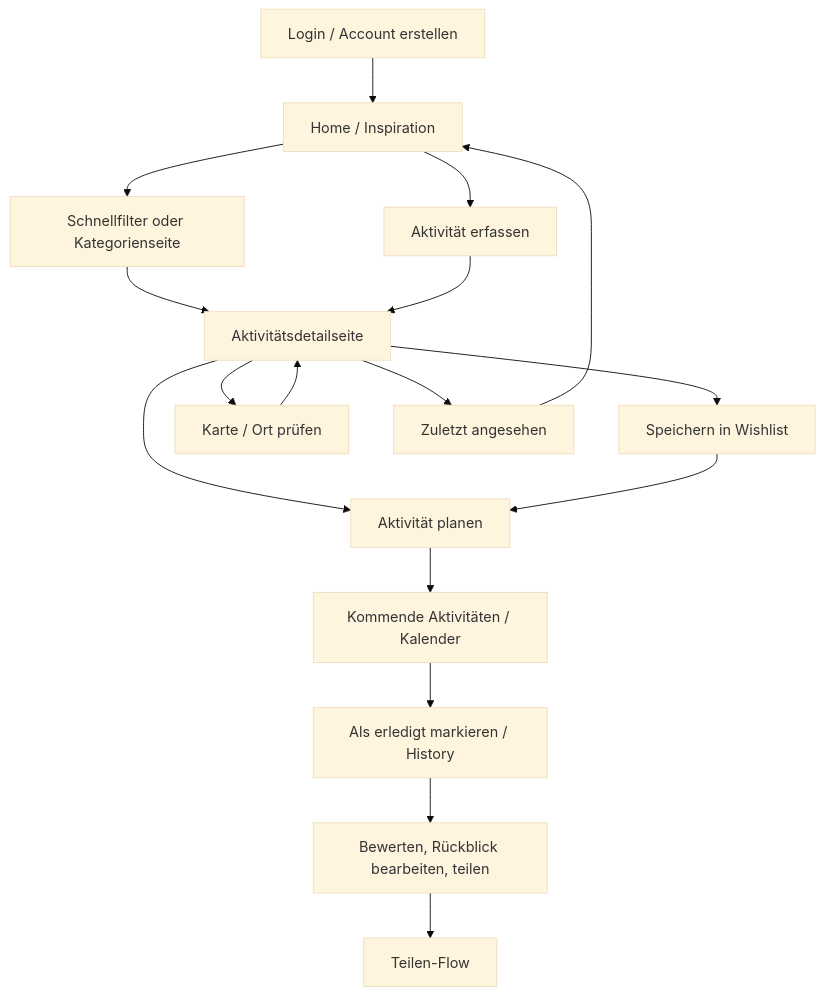
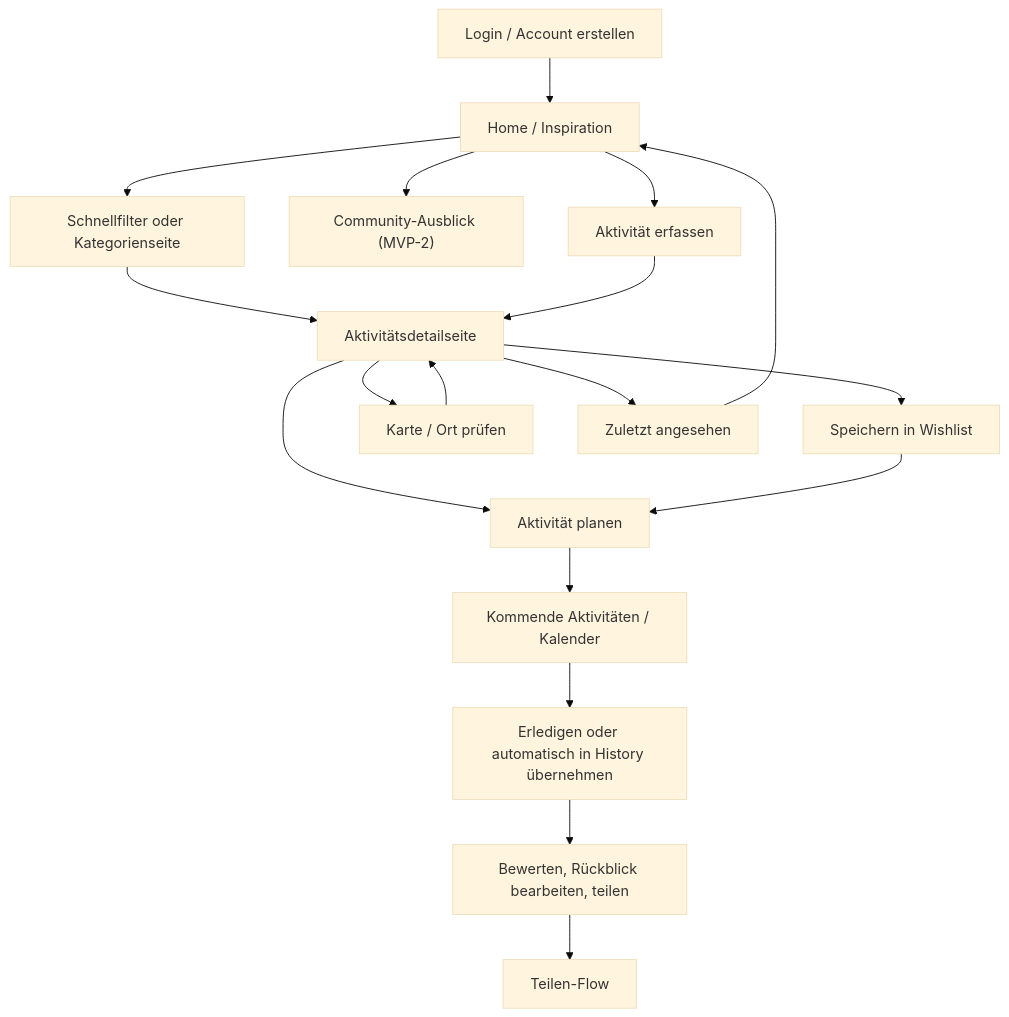
Before and after one commit to schjan06/Projekt_DatePlanner: the first of 3 diagrams in README.md, drawn with Mermaid (base theme). The commit also changed other lines of this file and 4 other files, not shown here.

````diff
--- a/README.md
+++ b/README.md
@@ -125,20 +125,21 @@
 ```mermaid
 flowchart TD
     Start["Login / Account erstellen"] --> Home["Home / Inspiration"]
     Home --> Filters["Schnellfilter oder Kategorienseite"]
     Filters --> Detail["Aktivitätsdetailseite"]
     Detail --> Wishlist["Speichern in Wishlist"]
     Detail --> Plan["Aktivität planen"]
     Wishlist --> Plan
     Plan --> Upcoming["Kommende Aktivitäten / Kalender"]
-    Upcoming --> History["Als erledigt markieren / History"]
+    Upcoming --> History["Erledigen oder automatisch in History übernehmen"]
     History --> Review["Bewerten, Rückblick bearbeiten, teilen"]
-    Review --> Community["Teilen-Flow"]
+    Review --> Share["Teilen-Flow"]
+    Home --> Community["Community-Ausblick (MVP-2)"]
 
     Detail --> Map["Karte / Ort prüfen"]
     Map --> Detail
     Home --> Create["Aktivität erfassen"]
     Create --> Detail
     Detail --> Recent["Zuletzt angesehen"]
     Recent --> Home
 ```
````
